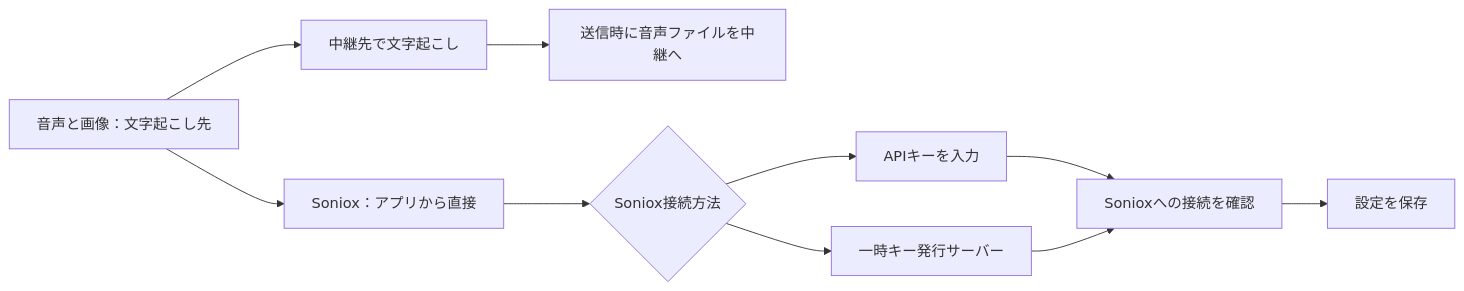
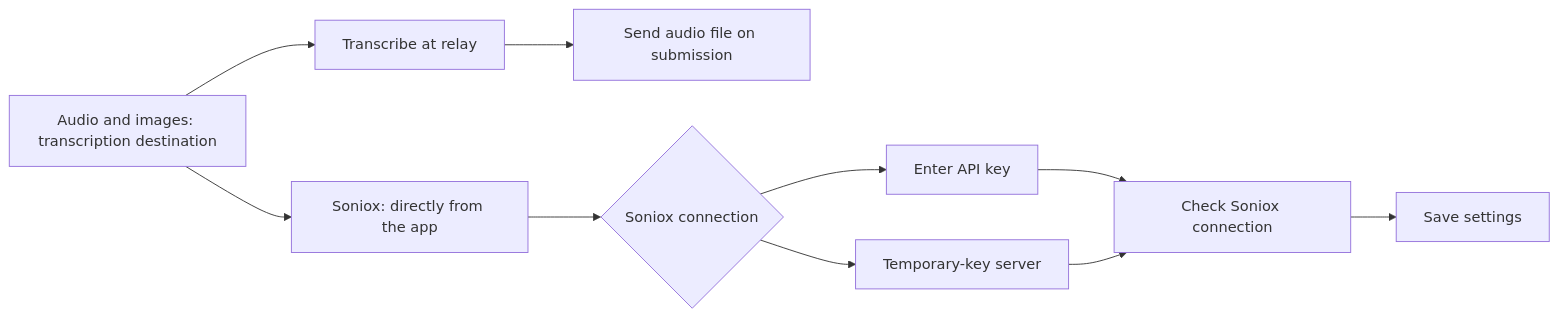
One commit to 3mintimer/muse-relay changed the second of 4 diagrams in docs/ui.md. Above: the diagram before and after it, drawn with Mermaid. The commit also changed other lines of this file and 49 other files, not shown here.

````diff
--- a/docs/ui.md
+++ b/docs/ui.md
@@ -28,11 +30,11 @@
 ```mermaid
 flowchart LR
-  A[音声と画像：文字起こし先] --> B[Soniox：アプリから直接]
-  A --> H[中継先で文字起こし] --> I[送信時に音声ファイルを中継へ]
-  B --> C{Soniox接続方法}
-  C --> D[APIキーを入力]
-  C --> E[一時キー発行サーバー]
-  D --> F[Sonioxへの接続を確認]
+  A[Audio and images: transcription destination] --> B[Soniox: directly from the app]
+  A --> H[Transcribe at relay] --> I[Send audio file on submission]
+  B --> C{Soniox connection}
+  C --> D[Enter API key]
+  C --> E[Temporary-key server]
+  D --> F[Check Soniox connection]
   E --> F
-  F --> G[設定を保存]
+  F --> G[Save settings]
 ```
````
